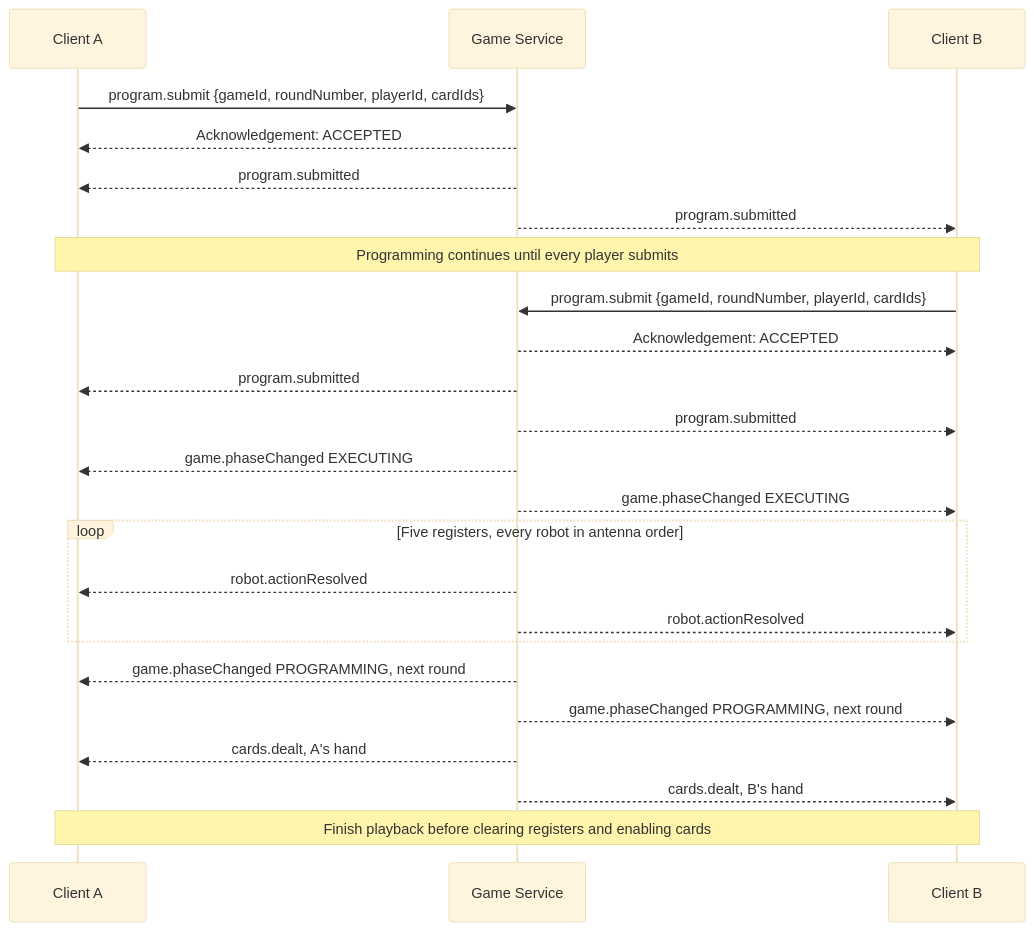
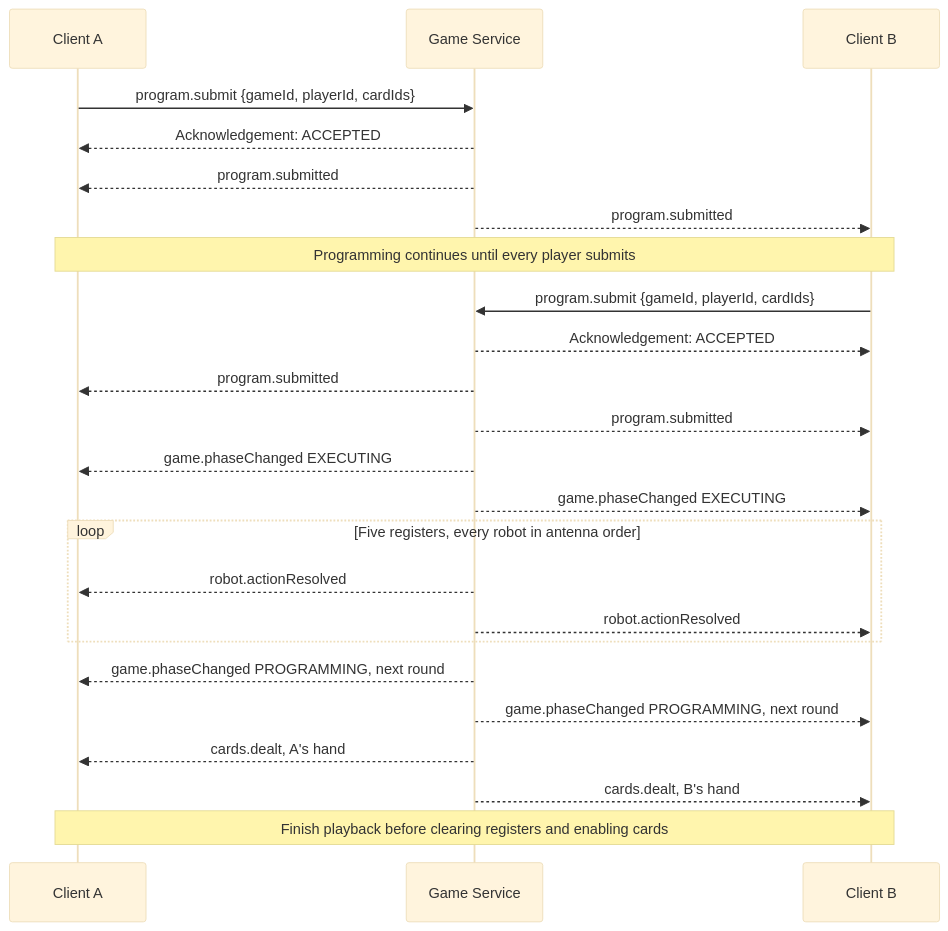
One commit to hananinas/RoboRally changed the diagram in docs/v0Communication.md. Above: the diagram before and after it, drawn with Mermaid (base theme). The commit also changed other lines of this file and 25 other files, not shown here.

````diff
--- a/docs/v0Communication.md
+++ b/docs/v0Communication.md
@@ -14,26 +14,26 @@
 ```mermaid
 sequenceDiagram
     participant A as Client A
     participant S as Game Service
     participant B as Client B
-    A->>S: program.submit {gameId, roundNumber, playerId, cardIds}
+    A->>S: program.submit {gameId, playerId, cardIds}
     S-->>A: Acknowledgement: ACCEPTED
     S-->>A: program.submitted
     S-->>B: program.submitted
     Note over A,B: Programming continues until every player submits
-    B->>S: program.submit {gameId, roundNumber, playerId, cardIds}
+    B->>S: program.submit {gameId, playerId, cardIds}
     S-->>B: Acknowledgement: ACCEPTED
     S-->>A: program.submitted
     S-->>B: program.submitted
     S-->>A: game.phaseChanged EXECUTING
     S-->>B: game.phaseChanged EXECUTING
     loop Five registers, every robot in antenna order
         S-->>A: robot.actionResolved
         S-->>B: robot.actionResolved
     end
     S-->>A: game.phaseChanged PROGRAMMING, next round
     S-->>B: game.phaseChanged PROGRAMMING, next round
     S-->>A: cards.dealt, A's hand
     S-->>B: cards.dealt, B's hand
     Note over A,B: Finish playback before clearing registers and enabling cards
 ```
````
